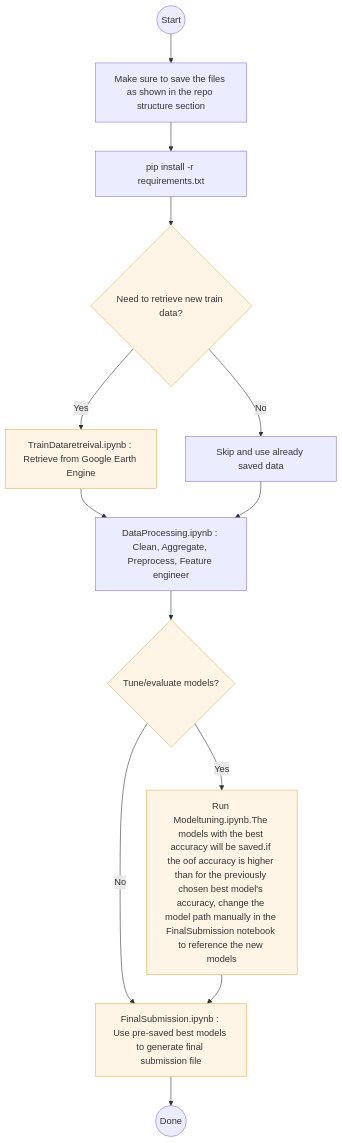
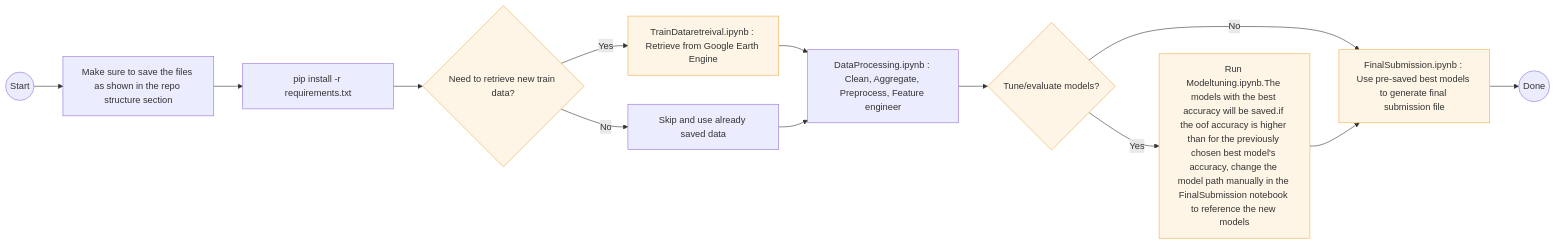
The diagram in README.md (Julie-Montague/GEO_CROPMAPPING_CHALLENGE), drawn with Mermaid before and after one commit.

````diff
--- a/README.md
+++ b/README.md
@@ -75,29 +75,29 @@
 ```mermaid
-flowchart TD
+flowchart LR
     %% Workflow for training & submission
 
     A((Start)) --> B[Make sure to save the files as shown in the repo structure section]
     B --> C[pip install -r requirements.txt]
 
     %% Optional: data retrieval
     C --> D{Need to retrieve new train data?}
     D -- Yes --> E[TrainDataretreival.ipynb : Retrieve from Google Earth Engine ]
     D -- No  --> F[Skip and use already saved data]
 
     %% Processing
     E --> G[DataProcessing.ipynb : Clean, Aggregate, Preprocess, Feature engineer]
     F --> G
 
     %% Optional: model tuning
     G --> H{Tune/evaluate models?}
     H -- Yes --> I[Run Modeltuning.ipynb.The models with the best accuracy will be saved.if the oof accuracy is higher than for the previously chosen best model's accuracy, change the model path manually in the FinalSubmission notebook to reference the new models]
     H -- No  --> J[FinalSubmission.ipynb : Use pre-saved best models to generate final submission file]
 
     %% Final submission
     I --> J
     J --> K((Done))
 
     %% Styling (optional)
     classDef optional fill:#fff5e6,stroke:#f0ad4e,stroke-width:1px;
     class D,E,H,I,J optional;
 ```
````
